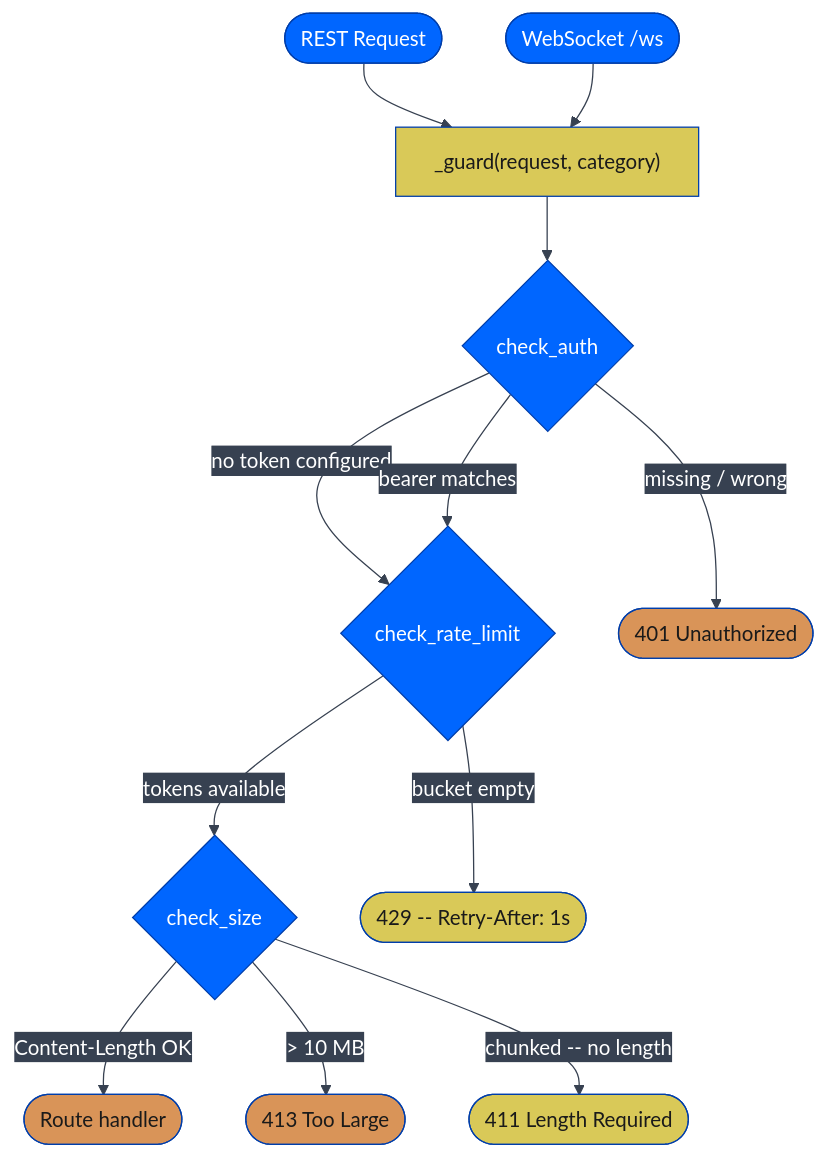
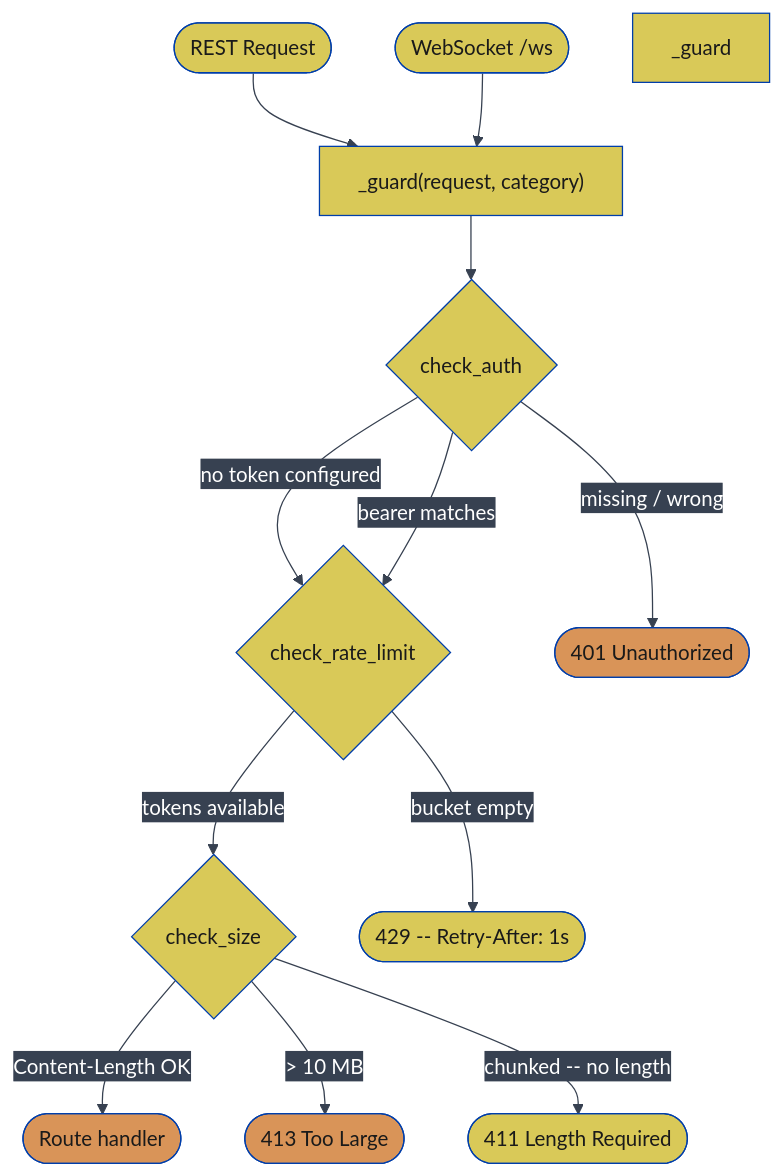
Before and after one commit to JosephOIbrahim/Comfy-Cozy: diagram 15 of 27 in README.md, drawn with Mermaid. The commit also changed other lines of this file, not shown here.

First line of the commit message:
[DOCS] Normalize mermaid palette: force two-tone orange/yellow with black text

````diff
--- a/README.md
+++ b/README.md
@@ -749,22 +805,28 @@
 ```mermaid
 %%{init: {'theme':'base','themeVariables': {'primaryColor':'#0066FF','primaryTextColor':'#ffffff','primaryBorderColor':'#003eaa','lineColor':'#374151','secondaryColor':'#374151','tertiaryColor':'#1f2937','fontFamily':'monospace'}}}%%
 flowchart TD
     REST([REST Request]) --> Guard["_guard(request, category)"]
     WS([WebSocket /ws]) --> Guard
     Guard --> Auth{check_auth}
     Auth -->|"no token configured"| Rate{check_rate_limit}
     Auth -->|"bearer matches"| Rate
     Auth -->|"missing / wrong"| R401(["401 Unauthorized"])
     Rate -->|"tokens available"| Size{check_size}
     Rate -->|"bucket empty"| R429(["429 -- Retry-After: 1s"])
     Size -->|"Content-Length OK"| Handler(["Route handler"])
     Size -->|"> 10 MB"| R413(["413 Too Large"])
     Size -->|"chunked -- no length"| R411(["411 Length Required"])
 
     style R401 fill:#d99458,color:#1a1a1a
     style R429 fill:#d9c958,color:#1a1a1a
     style R413 fill:#d99458,color:#1a1a1a
     style R411 fill:#d9c958,color:#1a1a1a
     style Handler fill:#d99458,color:#1a1a1a
     style Guard fill:#d9c958,color:#1a1a1a
+    style REST fill:#d9c958,color:#1a1a1a
+    style _guard fill:#d9c958,color:#1a1a1a
+    style WS fill:#d9c958,color:#1a1a1a
+    style Auth fill:#d9c958,color:#1a1a1a
+    style Rate fill:#d9c958,color:#1a1a1a
+    style Size fill:#d9c958,color:#1a1a1a
 ```
````
